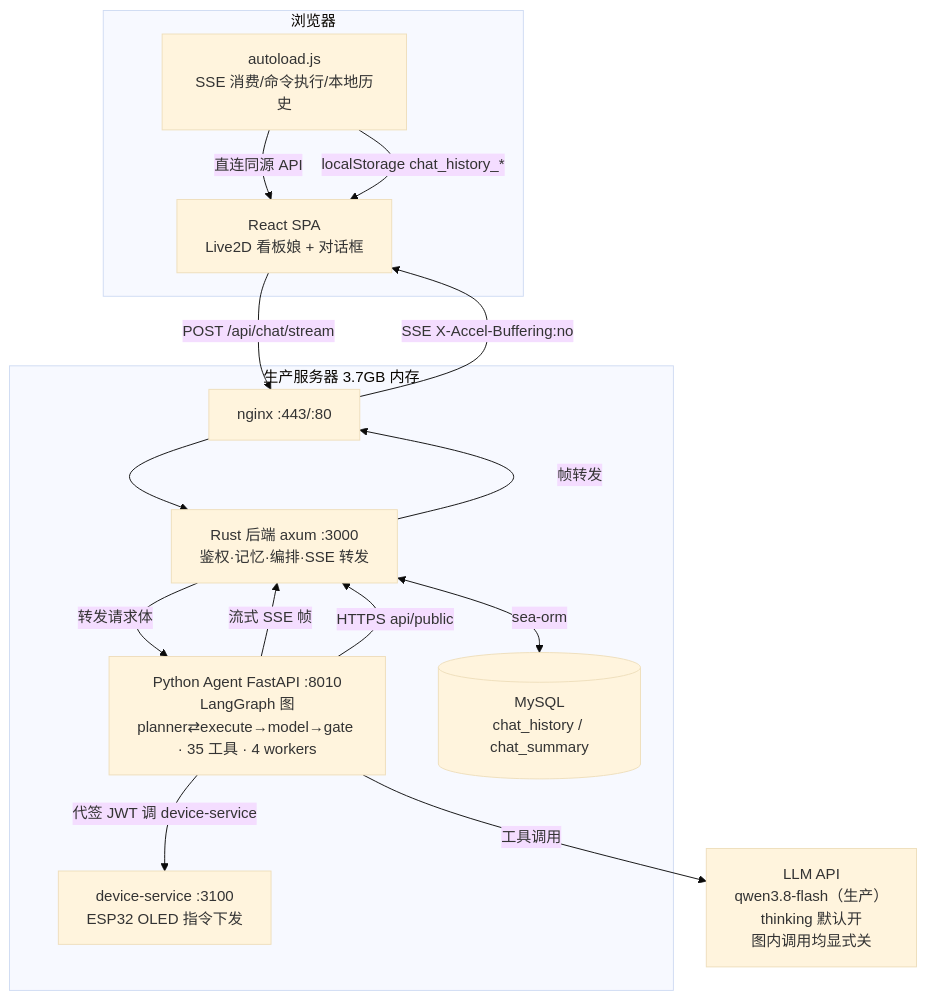
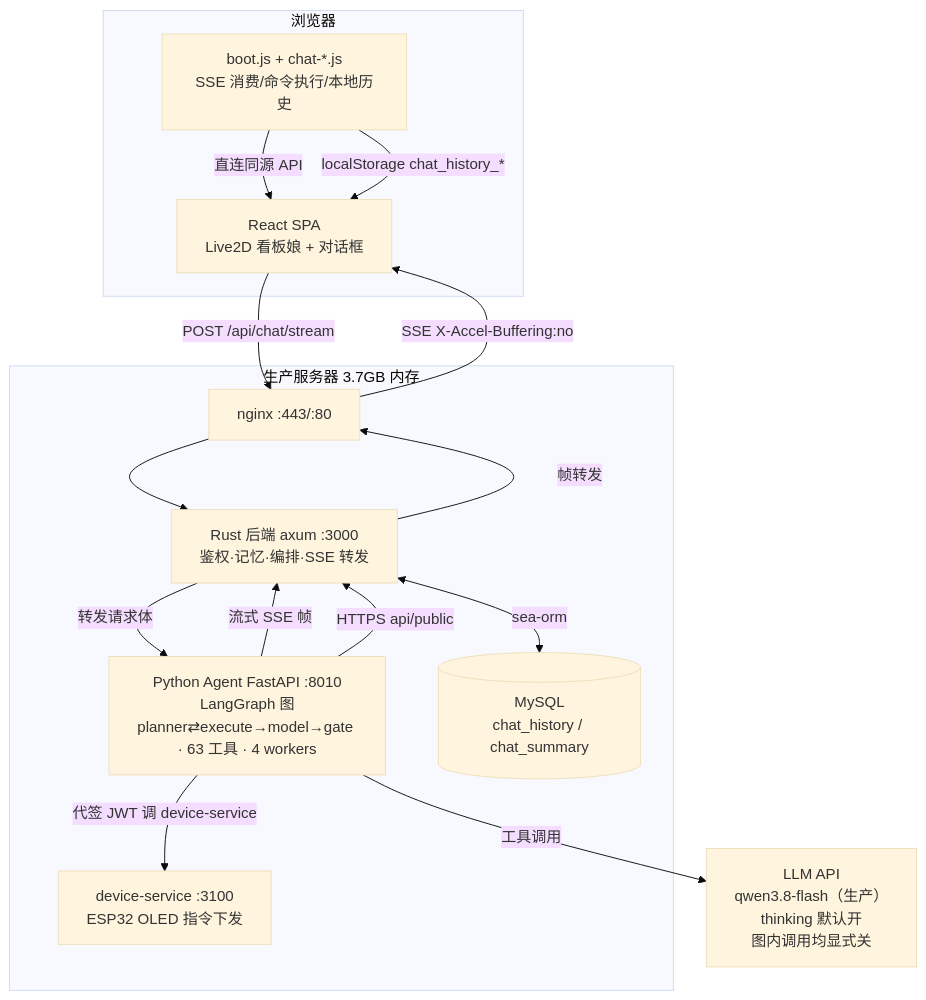
One commit to BigLeopardCat/saudade-blog-agent changed the first of 5 diagrams in docs/agent-architecture.md. Above: the diagram before and after it, drawn with Mermaid (base theme). The commit also changed other lines of this file and 4 other files, not shown here.

First line of the commit message:
docs: 架构图改用 mermaid 并补齐时序图，对齐计数与过时链路

````diff
--- a/docs/agent-architecture.md
+++ b/docs/agent-architecture.md
@@ -66,30 +66,30 @@
 ```mermaid
 flowchart TB
     subgraph Browser[浏览器]
         UI[React SPA<br/>Live2D 看板娘 + 对话框]
-        AJS[autoload.js<br/>SSE 消费/命令执行/本地历史]
+        AJS[boot.js + chat-*.js<br/>SSE 消费/命令执行/本地历史]
     end
 
     subgraph Server[生产服务器 3.7GB 内存]
         NGX[nginx :443/:80]
         RUST[Rust 后端 axum :3000<br/>鉴权·记忆·编排·SSE 转发]
-        AGT[Python Agent FastAPI :8010<br/>LangGraph 图<br/>planner⇄execute→model→gate · 35 工具 · 4 workers]
+        AGT[Python Agent FastAPI :8010<br/>LangGraph 图<br/>planner⇄execute→model→gate · 63 工具 · 4 workers]
         MYSQL[(MySQL<br/>chat_history / chat_summary)]
         DEV[device-service :3100<br/>ESP32 OLED 指令下发]
     end
 
     LLM[LLM API<br/>qwen3.8-flash（生产）<br/>thinking 默认开<br/>图内调用均显式关]
 
     UI -->|POST /api/chat/stream| NGX
     NGX --> RUST
     RUST -->|转发请求体| AGT
     AGT -->|流式 SSE 帧| RUST
     RUST -->|帧转发| NGX
     NGX -->|SSE X-Accel-Buffering:no| UI
     AJS -->|直连同源 API| UI
     RUST <-->|sea-orm| MYSQL
     AGT -->|工具调用| LLM
     AGT -->|HTTPS api/public| RUST
     AGT -->|代签 JWT 调 device-service| DEV
     AJS -->|localStorage chat_history_*| UI
 ```
````
